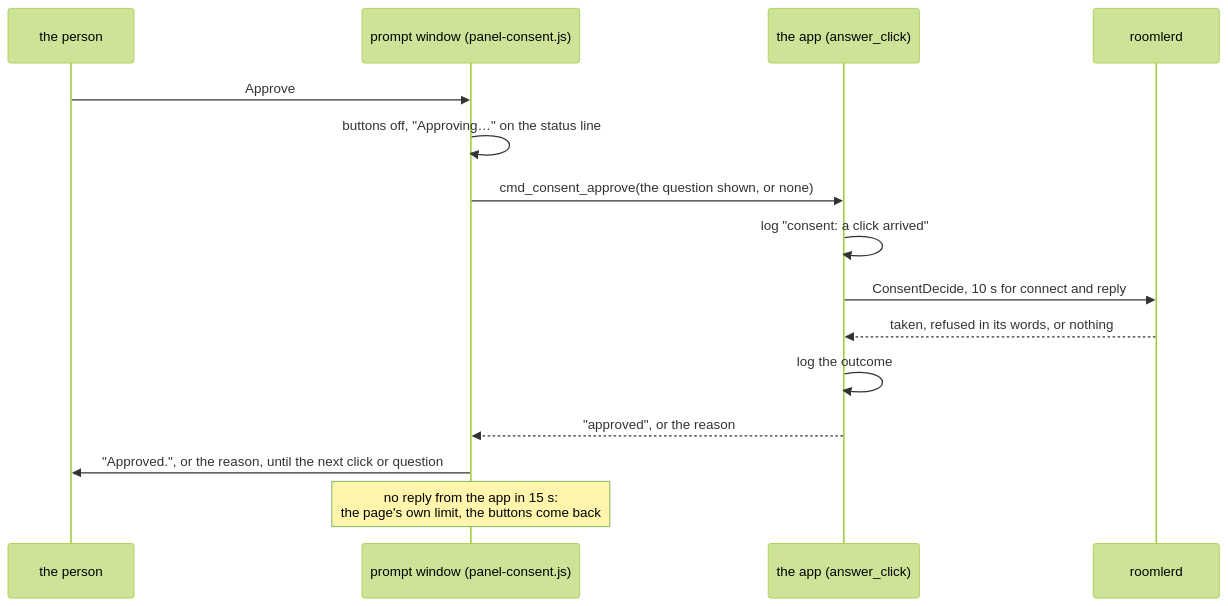
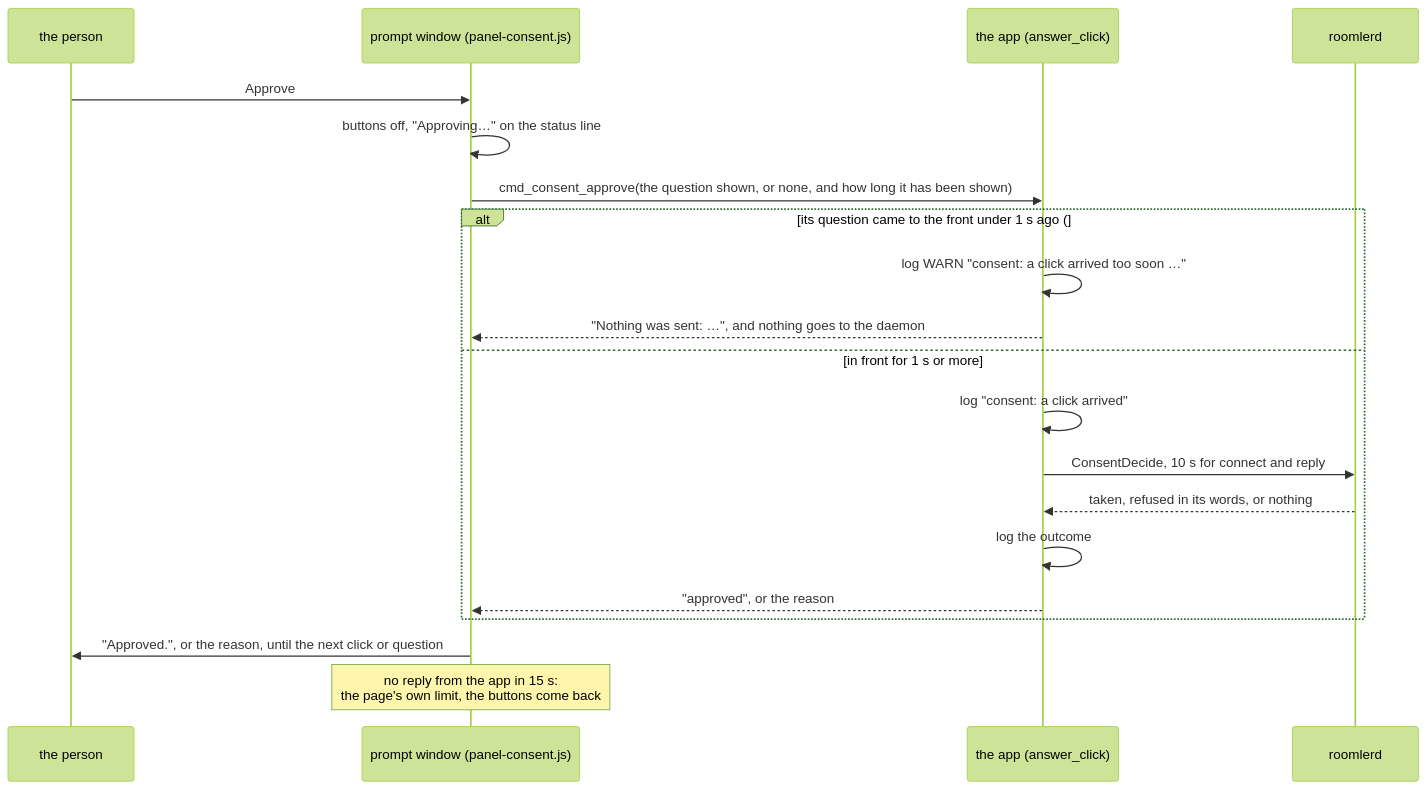
Diagram 24 of 39 in docs/desktop-companion.md (gjovanov/roomler-ai), drawn with Mermaid (forest theme) before and after one commit. The commit also changed other lines of this file and 4 other files, not shown here.

````diff
--- a/docs/desktop-companion.md
+++ b/docs/desktop-companion.md
@@ -2025,17 +2025,22 @@
 ```mermaid
 sequenceDiagram
     participant P as the person
     participant W as prompt window (panel-consent.js)
     participant A as the app (answer_click)
     participant D as roomlerd
     P->>W: Approve
     W->>W: buttons off, "Approving…" on the status line
-    W->>A: cmd_consent_approve(the question shown, or none)
-    A->>A: log "consent: a click arrived"
-    A->>D: ConsentDecide, 10 s for connect and reply
-    D-->>A: taken, refused in its words, or nothing
-    A->>A: log the outcome
-    A-->>W: "approved", or the reason
+    W->>A: cmd_consent_approve(the question shown, or none, and how long it has been shown)
+    alt its question came to the front under 1 s ago (#3987, §10.9.1)
+        A->>A: log WARN "consent: a click arrived too soon …"
+        A-->>W: "Nothing was sent: …", and nothing goes to the daemon
+    else in front for 1 s or more
+        A->>A: log "consent: a click arrived"
+        A->>D: ConsentDecide, 10 s for connect and reply
+        D-->>A: taken, refused in its words, or nothing
+        A->>A: log the outcome
+        A-->>W: "approved", or the reason
+    end
     W->>P: "Approved.", or the reason, until the next click or question
     Note over W: no reply from the app in 15 s:<br/>the page's own limit, the buttons come back
 ```
````
